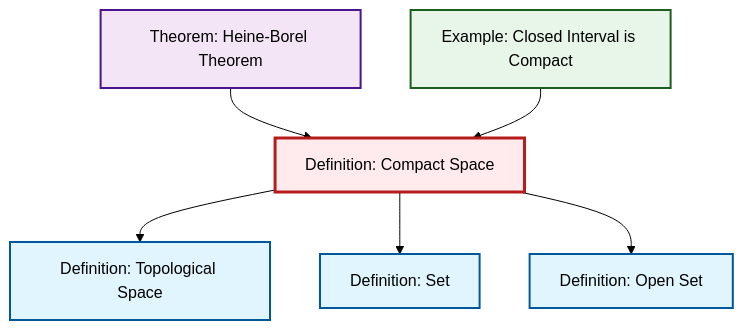
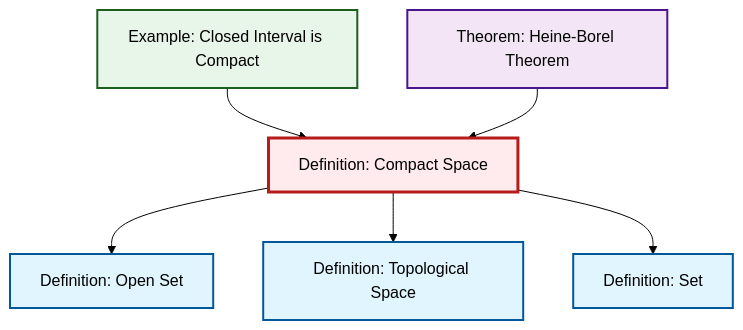
Before and after one commit to RK0429/ModernMath: the diagram in content/en/topology/def-compact.qmd, drawn with Mermaid (forest theme). The commit also changed other lines of this file and 417 other files, not shown here.

````diff
--- a/content/en/topology/def-compact.qmd
+++ b/content/en/topology/def-compact.qmd
@@ -47,26 +47,26 @@
 ```{mermaid}
 %%| fig-cap: "Local dependency graph"
 graph TD
     classDef definition fill:#e1f5fe,stroke:#01579b,stroke-width:2px
     classDef theorem fill:#f3e5f5,stroke:#4a148c,stroke-width:2px
     classDef axiom fill:#fff3e0,stroke:#e65100,stroke-width:2px
     classDef example fill:#e8f5e9,stroke:#1b5e20,stroke-width:2px
     classDef current fill:#ffebee,stroke:#b71c1c,stroke-width:3px
+    def-topological-space["Definition: Topological Space"]:::definition
+    def-compact["Definition: Compact Space"]:::definition
     ex-closed-interval-compact["Example: Closed Interval is Compact"]:::example
-    def-compact["Definition: Compact Space"]:::definition
+    def-open-set["Definition: Open Set"]:::definition
     def-set["Definition: Set"]:::definition
-    def-topological-space["Definition: Topological Space"]:::definition
-    def-open-set["Definition: Open Set"]:::definition
     thm-heine-borel["Theorem: Heine-Borel Theorem"]:::theorem
+    ex-closed-interval-compact --> def-compact
     thm-heine-borel --> def-compact
+    def-compact --> def-open-set
     def-compact --> def-topological-space
     def-compact --> def-set
-    def-compact --> def-open-set
-    ex-closed-interval-compact --> def-compact
     class def-compact current
+    click def-topological-space "def-topological-space.html" "Go to Topological Space definition"
     click ex-closed-interval-compact "ex-closed-interval-compact.html" "Go to Closed Interval is Compact example"
+    click def-open-set "def-open-set.html" "Go to Open Set definition"
     click def-set "def-set.html" "Go to Set definition"
-    click def-topological-space "def-topological-space.html" "Go to Topological Space definition"
-    click def-open-set "def-open-set.html" "Go to Open Set definition"
     click thm-heine-borel "thm-heine-borel.html" "Go to Heine-Borel Theorem theorem"
 ```
````
